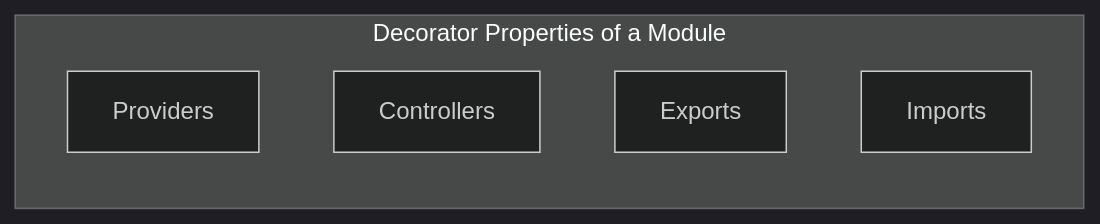
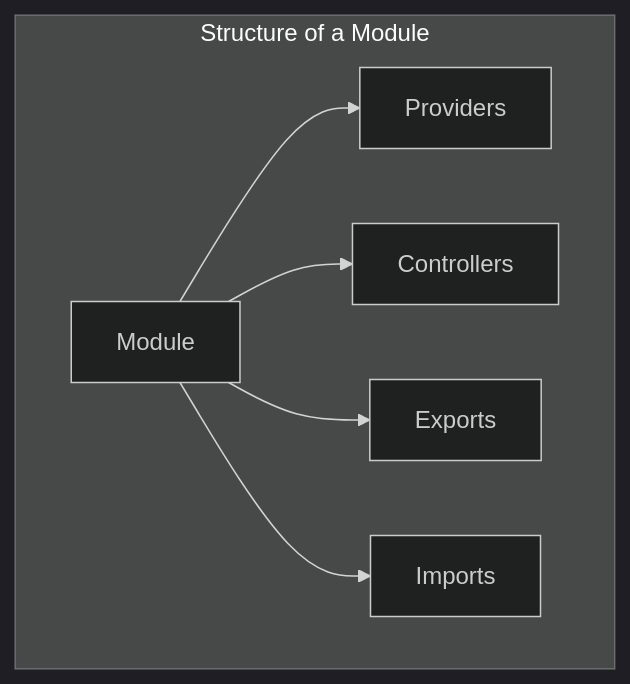
The first of 3 diagrams in nestjs/README.md (albin-joseph/myjslearnings), drawn with Mermaid (dark theme) before and after one commit.

Commit message:
update nestjs document

````diff
--- a/nestjs/README.md
+++ b/nestjs/README.md
@@ -57,11 +57,16 @@
     ``` mermaid
-        flowchart LR;
-            subgraph Decorator Properties of a Module
-            step1["Providers"]
-            step2["Controllers"]
-            step3["Exports"]
-            step4["Imports"]
+        flowchart TD;
+            subgraph Structure of a Module
+            step1["Module"]
+            step2["Providers"]
+            step1 --> step2
+            step3["Controllers"]
+             step1 --> step3
+            step4["Exports"]
+             step1 --> step4
+            step5["Imports"]
+             step1 --> step5
             end
         
 
     ```
````
